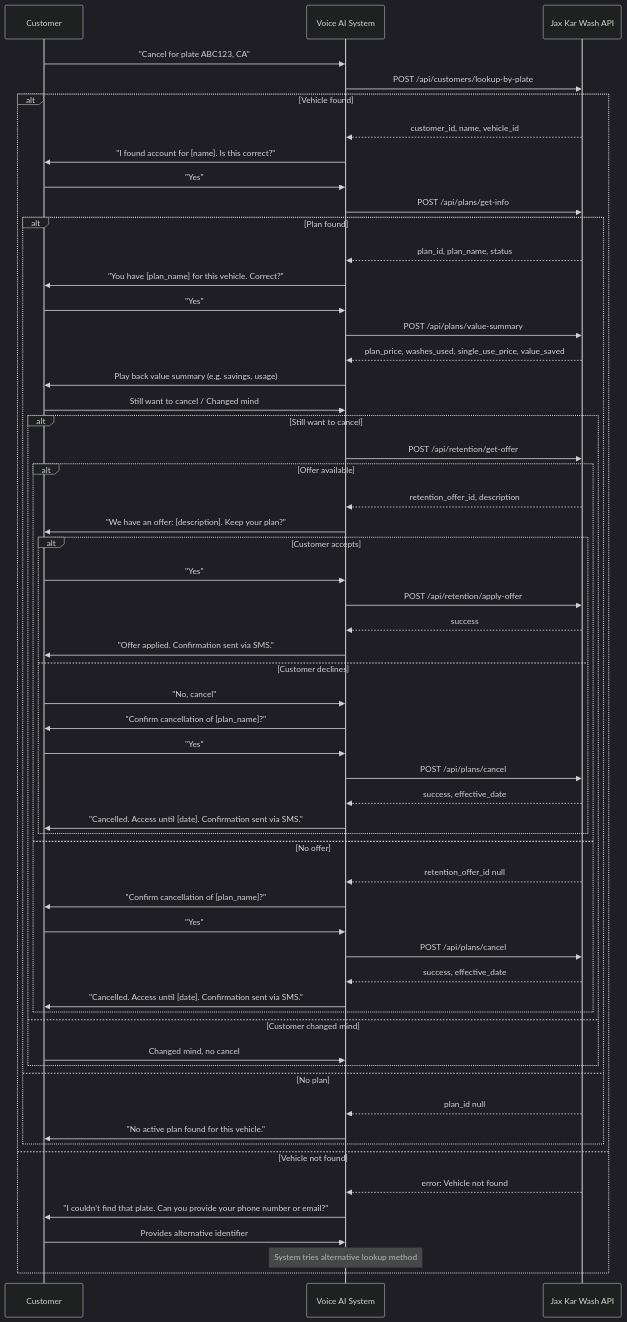
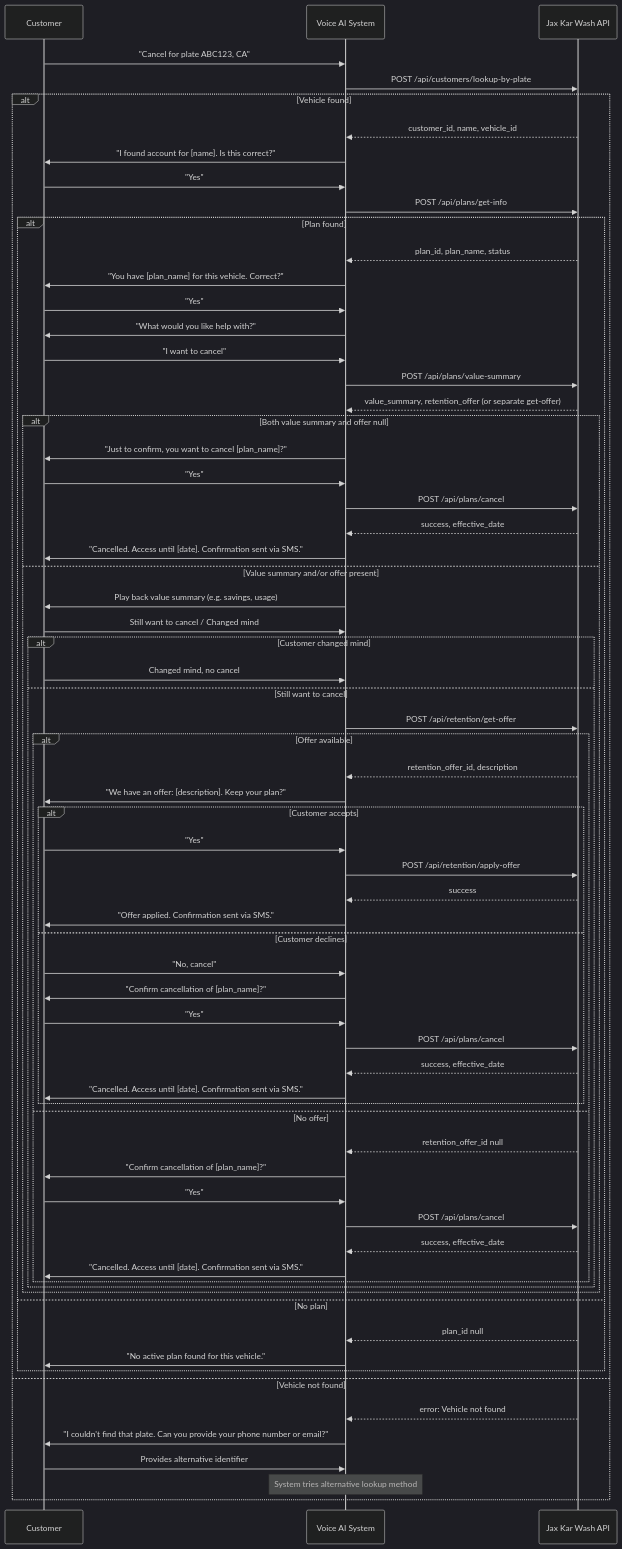
The fourth of 11 diagrams in Jax-Kar-Wash-API-Integration–Discussion-Document.md (HelloWash/Public), drawn with Mermaid (dark theme) before and after one commit. The commit also changed other lines of this file, not shown here.

First line of the commit message:
Refine cancellation flow with value summary and offers

````diff
--- a/Jax-Kar-Wash-API-Integration–Discussion-Document.md
+++ b/Jax-Kar-Wash-API-Integration–Discussion-Document.md
@@ -637,61 +687,71 @@
 ```mermaid
 sequenceDiagram
     participant Customer
     participant System as Voice AI System
     participant API as Jax Kar Wash API
 
     Customer->>System: "Cancel for plate ABC123, CA"
     System->>API: POST /api/customers/lookup-by-plate
     alt Vehicle found
         API-->>System: customer_id, name, vehicle_id
         System->>Customer: "I found account for [name]. Is this correct?"
         Customer->>System: "Yes"
         System->>API: POST /api/plans/get-info
         alt Plan found
             API-->>System: plan_id, plan_name, status
-                System->>Customer: "You have [plan_name] for this vehicle. Correct?"
-                Customer->>System: "Yes"
-                System->>API: POST /api/plans/value-summary
-                API-->>System: plan_price, washes_used, single_use_price, value_saved
-                System->>Customer: Play back value summary (e.g. savings, usage)
-                Customer->>System: Still want to cancel / Changed mind
-                alt Still want to cancel
-                System->>API: POST /api/retention/get-offer
-                alt Offer available
-                API-->>System: retention_offer_id, description
-                System->>Customer: "We have an offer: [description]. Keep your plan?"
-                alt Customer accepts
-                    Customer->>System: "Yes"
-                    System->>API: POST /api/retention/apply-offer
-                    API-->>System: success
-                    System->>Customer: "Offer applied. Confirmation sent via SMS."
-                else Customer declines
-                    Customer->>System: "No, cancel"
-                    System->>Customer: "Confirm cancellation of [plan_name]?"
-                    Customer->>System: "Yes"
-                    System->>API: POST /api/plans/cancel
-                    API-->>System: success, effective_date
-                    System->>Customer: "Cancelled. Access until [date]. Confirmation sent via SMS."
-                end
-            else No offer
-                API-->>System: retention_offer_id null
-                System->>Customer: "Confirm cancellation of [plan_name]?"
+            System->>Customer: "You have [plan_name] for this vehicle. Correct?"
+            Customer->>System: "Yes"
+            System->>Customer: "What would you like help with?"
+            Customer->>System: "I want to cancel"
+            System->>API: POST /api/plans/value-summary
+            API-->>System: value_summary, retention_offer (or separate get-offer)
+            alt Both value summary and offer null
+                System->>Customer: "Just to confirm, you want to cancel [plan_name]?"
                 Customer->>System: "Yes"
                 System->>API: POST /api/plans/cancel
                 API-->>System: success, effective_date
                 System->>Customer: "Cancelled. Access until [date]. Confirmation sent via SMS."
-            end
-            else Customer changed mind
-                Customer->>System: Changed mind, no cancel
+            else Value summary and/or offer present
+                System->>Customer: Play back value summary (e.g. savings, usage)
+                Customer->>System: Still want to cancel / Changed mind
+                alt Customer changed mind
+                    Customer->>System: Changed mind, no cancel
+                else Still want to cancel
+                    System->>API: POST /api/retention/get-offer
+                    alt Offer available
+                        API-->>System: retention_offer_id, description
+                        System->>Customer: "We have an offer: [description]. Keep your plan?"
+                        alt Customer accepts
+                            Customer->>System: "Yes"
+                            System->>API: POST /api/retention/apply-offer
+                            API-->>System: success
+                            System->>Customer: "Offer applied. Confirmation sent via SMS."
+                        else Customer declines
+                            Customer->>System: "No, cancel"
+                            System->>Customer: "Confirm cancellation of [plan_name]?"
+                            Customer->>System: "Yes"
+                            System->>API: POST /api/plans/cancel
+                            API-->>System: success, effective_date
+                            System->>Customer: "Cancelled. Access until [date]. Confirmation sent via SMS."
+                        end
+                    else No offer
+                        API-->>System: retention_offer_id null
+                        System->>Customer: "Confirm cancellation of [plan_name]?"
+                        Customer->>System: "Yes"
+                        System->>API: POST /api/plans/cancel
+                        API-->>System: success, effective_date
+                        System->>Customer: "Cancelled. Access until [date]. Confirmation sent via SMS."
+                    end
+                end
             end
         else No plan
             API-->>System: plan_id null
             System->>Customer: "No active plan found for this vehicle."
         end
     else Vehicle not found
         API-->>System: error: Vehicle not found
         System->>Customer: "I couldn't find that plate. Can you provide your phone number or email?"
         Customer->>System: Provides alternative identifier
         Note over System: System tries alternative lookup method
     end
 ```
````
